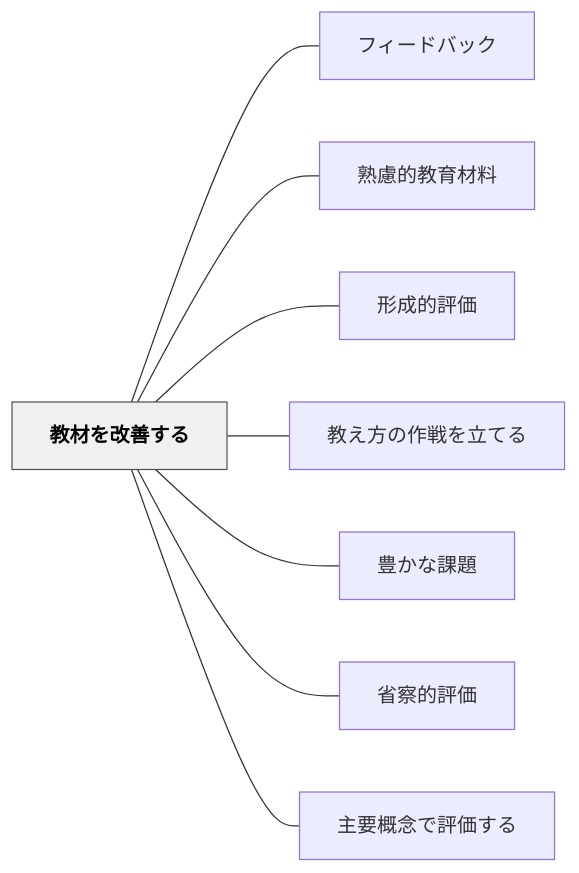
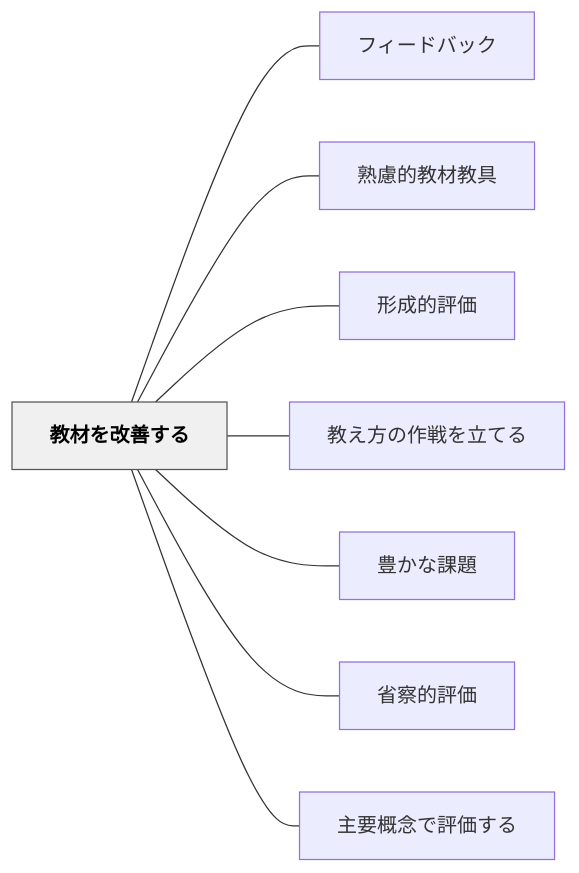
Before and after one commit to unknownthings-ed-patterns/unknownthings-ed-patterns: the diagram in content/パタン/教材を改善する.md, drawn with Mermaid. The commit also changed other lines of this file and 72 other files, not shown here.

````diff
--- a/content/パタン/教材を改善する.md
+++ b/content/パタン/教材を改善する.md
@@ -49,22 +49,22 @@
 ```mermaid
 flowchart LR
     ne69599e69d90e38292e694b9e59684e38199e3828b["教材を改善する"]
     ne38395e382a3e383bce38389e38390e38383e382af["フィードバック"]
-    ne7869fe685aee79a84e69599e882b2e69d90e69699["熟慮的教育材料"]
+    ne7869fe685aee79a84e69599e69d90e69599e585b7["熟慮的教材教具"]
     ne5bda2e68890e79a84e8a995e4bea1["形成的評価"]
     ne69599e38188e696b9e381aee4bd9ce688a6e38292e7ab8be381a6e3828b["教え方の作戦を立てる"]
     ne8b18ae3818be381aae8aab2e9a18c["豊かな課題"]
     ne79c81e5af9fe79a84e8a995e4bea1["省察的評価"]
     ne4b8bbe8a681e6a682e5bfb5e381a7e8a995e4bea1e38199e3828b["主要概念で評価する"]
 
     ne69599e69d90e38292e694b9e59684e38199e3828b --- ne38395e382a3e383bce38389e38390e38383e382af
-    ne69599e69d90e38292e694b9e59684e38199e3828b --- ne7869fe685aee79a84e69599e882b2e69d90e69699
+    ne69599e69d90e38292e694b9e59684e38199e3828b --- ne7869fe685aee79a84e69599e69d90e69599e585b7
     ne69599e69d90e38292e694b9e59684e38199e3828b --- ne5bda2e68890e79a84e8a995e4bea1
     ne69599e69d90e38292e694b9e59684e38199e3828b --- ne69599e38188e696b9e381aee4bd9ce688a6e38292e7ab8be381a6e3828b
     ne69599e69d90e38292e694b9e59684e38199e3828b --- ne8b18ae3818be381aae8aab2e9a18c
     ne69599e69d90e38292e694b9e59684e38199e3828b --- ne79c81e5af9fe79a84e8a995e4bea1
     ne69599e69d90e38292e694b9e59684e38199e3828b --- ne4b8bbe8a681e6a682e5bfb5e381a7e8a995e4bea1e38199e3828b
 
     classDef hub fill:#f0f0f0,stroke:#555,color:#000,font-weight:bold
     class ne69599e69d90e38292e694b9e59684e38199e3828b hub
 ```
````
